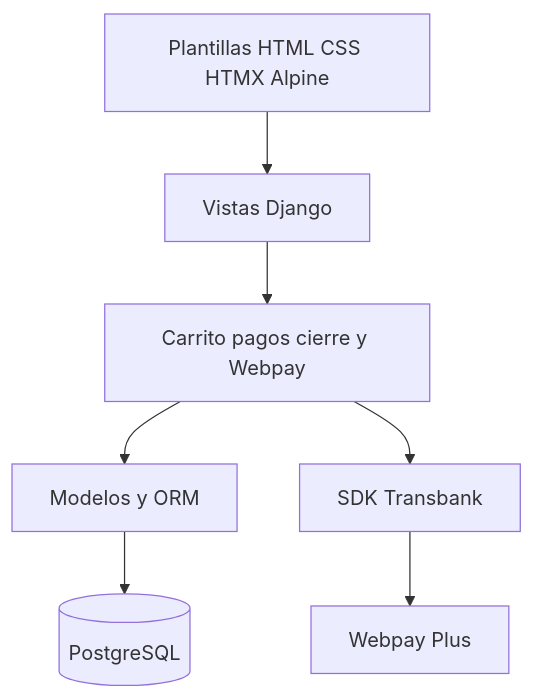
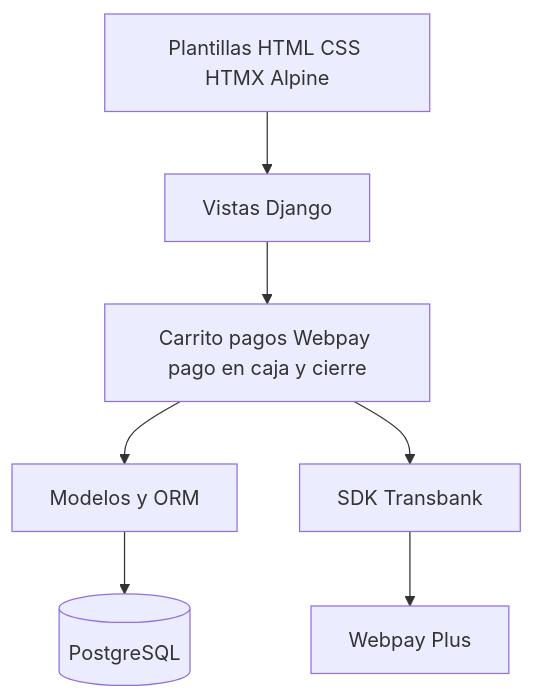
One commit to GianCabana/Capstone_006D_GianCabana_SebastianDelgado changed the fifth of 5 diagrams in Fase 2/Evidencias Grupales/Documentacion/03_DIAGRAMAS_UML.md. Above: the diagram before and after it, drawn with Mermaid. The commit also changed other lines of this file and 13 other files, not shown here.

````diff
--- a/Fase 2/Evidencias Grupales/Documentacion/03_DIAGRAMAS_UML.md
+++ b/Fase 2/Evidencias Grupales/Documentacion/03_DIAGRAMAS_UML.md
@@ -69,9 +90,9 @@
 ```mermaid
 flowchart TB
     UI[Plantillas HTML CSS HTMX Alpine] --> Views[Vistas Django]
-    Views --> Services[Carrito pagos cierre y Webpay]
+    Views --> Services[Carrito pagos Webpay pago en caja y cierre]
     Services --> ORM[Modelos y ORM]
     ORM --> PG[(PostgreSQL)]
     Services --> SDK[SDK Transbank]
     SDK --> TBK[Webpay Plus]
 ```
````
